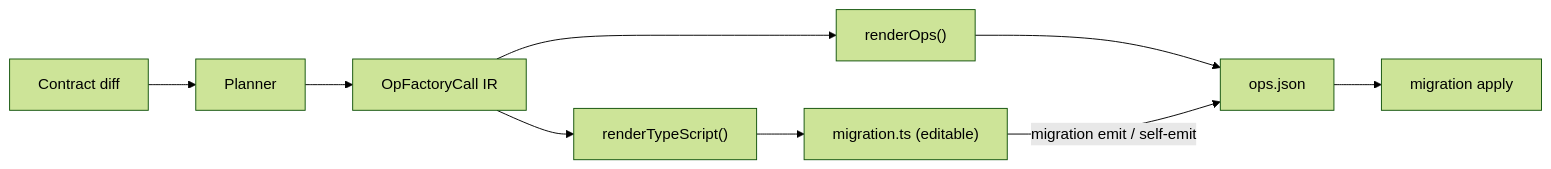
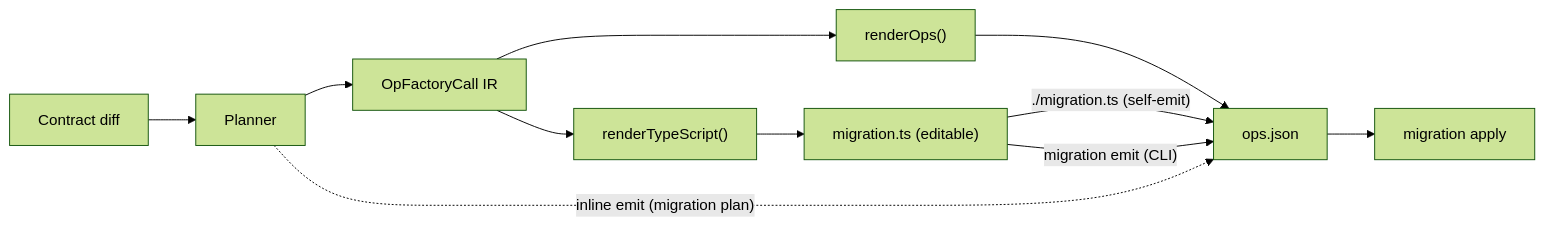
Before and after one commit to prisma/prisma-next: the second of 3 diagrams in docs/architecture docs/subsystems/7. Migration System.md, drawn with Mermaid (forest theme). The commit also changed other lines of this file and 18 other files, not shown here.

First line of the commit message:
docs(architecture): address PR 352 code-review findings F01–F11

````diff
--- a/docs/architecture docs/subsystems/7. Migration System.md
+++ b/docs/architecture docs/subsystems/7. Migration System.md
@@ -42,11 +42,13 @@
 ```mermaid
 flowchart LR
   diff[Contract diff] --> planner[Planner]
   planner --> ir["OpFactoryCall IR"]
   ir --> renderTs["renderTypeScript()"]
   ir --> renderOps["renderOps()"]
   renderTs --> ts["migration.ts (editable)"]
   renderOps --> ops["ops.json"]
-  ts -->|"migration emit / self-emit"| ops
+  ts -->|"./migration.ts (self-emit)"| ops
+  ts -->|"migration emit (CLI)"| ops
+  planner -.->|"inline emit (migration plan)"| ops
   ops --> apply["migration apply"]
 ```
````
